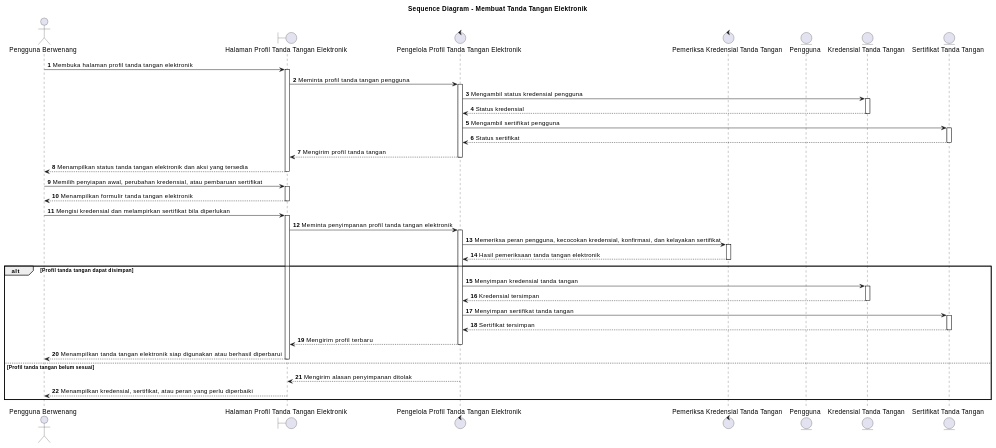
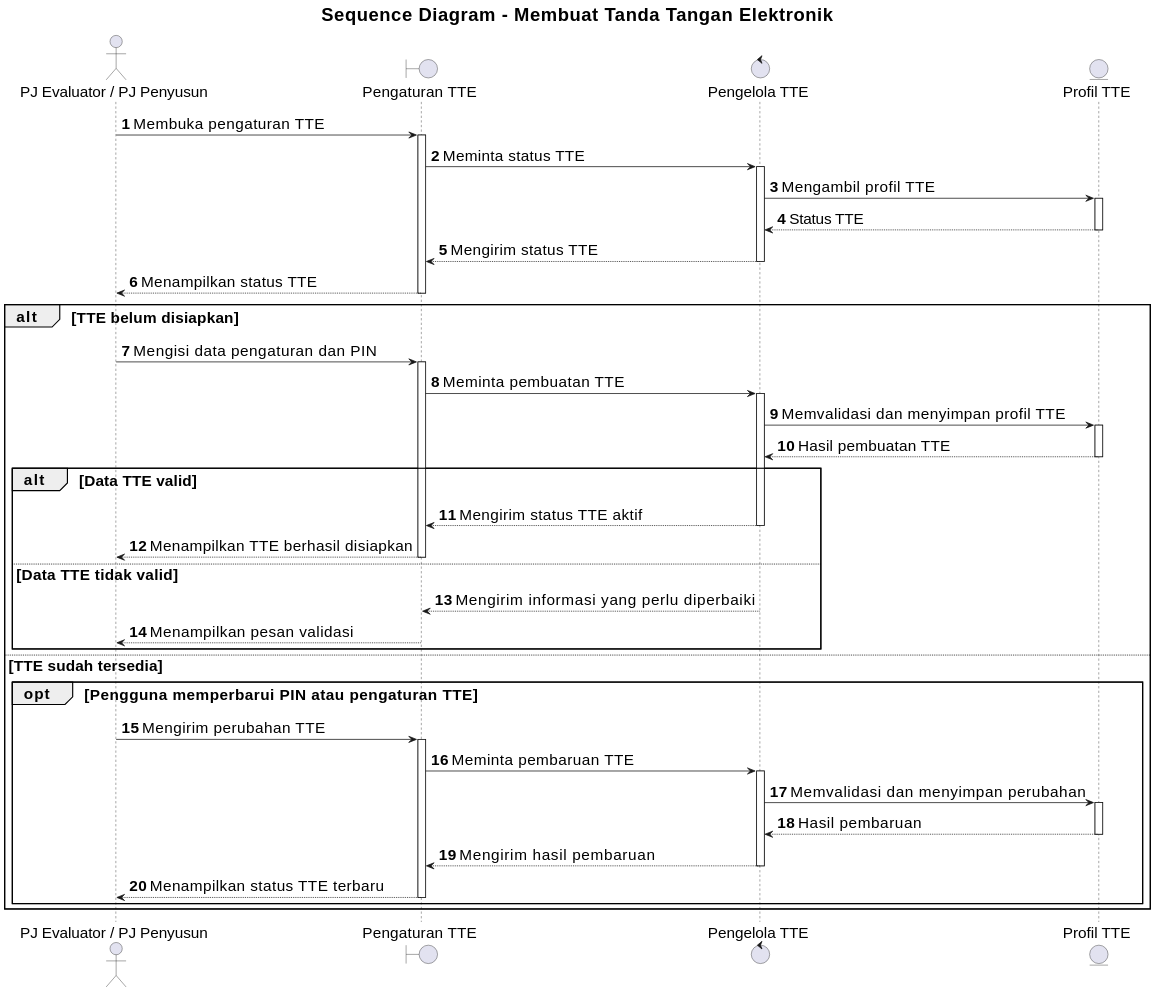
One commit to howlil/sop-generate-app changed the diagram in docs/sequence/lampiran/pj-evaluator-pj-penyusun-membuat-tanda-tangan-elektronik.md. Above: the diagram before and after it, drawn with PlantUML. The commit also changed other lines of this file and 20 other files, not shown here.

Commit message:
docs(sequence): align all sequence diagrams with use cases

````diff
--- a/docs/sequence/lampiran/pj-evaluator-pj-penyusun-membuat-tanda-tangan-elektronik.md
+++ b/docs/sequence/lampiran/pj-evaluator-pj-penyusun-membuat-tanda-tangan-elektronik.md
@@ -16,43 +16,47 @@
 ```plantuml
 @startuml
+skinparam defaultFontSize 20
+skinparam titleFontSize 24
+skinparam dpi 160
+
 title Sequence Diagram - Membuat Tanda Tangan Elektronik
 autonumber
 autoactivate on
 
-actor "Pengguna Berwenang" as A
-boundary "Halaman Profil Tanda Tangan Elektronik" as B
-control "Pengelola Profil Tanda Tangan Elektronik" as C
-control "Pemeriksa Kredensial Tanda Tangan" as D
-entity "Pengguna" as Pengguna
-entity "Kredensial Tanda Tangan" as Kredensial
-entity "Sertifikat Tanda Tangan" as Sertifikat
+actor "PJ Evaluator / PJ Penyusun" as A
+boundary "Pengaturan TTE" as B
+control "Pengelola TTE" as C
+entity "Profil TTE" as D
 
-A -> B : Membuka halaman profil tanda tangan elektronik
-B -> C : Meminta profil tanda tangan pengguna
-C -> Kredensial : Mengambil status kredensial pengguna
-Kredensial --> C : Status kredensial
-C -> Sertifikat : Mengambil sertifikat pengguna
-Sertifikat --> C : Status sertifikat
-C --> B : Mengirim profil tanda tangan
-B --> A : Menampilkan status tanda tangan elektronik dan aksi yang tersedia
+A -> B : Membuka pengaturan TTE
+B -> C : Meminta status TTE
+C -> D : Mengambil profil TTE
+D --> C : Status TTE
+C --> B : Mengirim status TTE
+B --> A : Menampilkan status TTE
 
-A -> B : Memilih penyiapan awal, perubahan kredensial, atau pembaruan sertifikat
-B --> A : Menampilkan formulir tanda tangan elektronik
-A -> B : Mengisi kredensial dan melampirkan sertifikat bila diperlukan
-B -> C : Meminta penyimpanan profil tanda tangan elektronik
-C -> D : Memeriksa peran pengguna, kecocokan kredensial, konfirmasi, dan kelayakan sertifikat
-D --> C : Hasil pemeriksaan tanda tangan elektronik
-alt Profil tanda tangan dapat disimpan
-  C -> Kredensial : Menyimpan kredensial tanda tangan
-  Kredensial --> C : Kredensial tersimpan
-  C -> Sertifikat : Menyimpan sertifikat tanda tangan
-  Sertifikat --> C : Sertifikat tersimpan
-  C --> B : Mengirim profil terbaru
-  B --> A : Menampilkan tanda tangan elektronik siap digunakan atau berhasil diperbarui
-else Profil tanda tangan belum sesuai
-  C --> B : Mengirim alasan penyimpanan ditolak
-  B --> A : Menampilkan kredensial, sertifikat, atau peran yang perlu diperbaiki
+alt TTE belum disiapkan
+  A -> B : Mengisi data pengaturan dan PIN
+  B -> C : Meminta pembuatan TTE
+  C -> D : Memvalidasi dan menyimpan profil TTE
+  D --> C : Hasil pembuatan TTE
+  alt Data TTE valid
+    C --> B : Mengirim status TTE aktif
+    B --> A : Menampilkan TTE berhasil disiapkan
+  else Data TTE tidak valid
+    C --> B : Mengirim informasi yang perlu diperbaiki
+    B --> A : Menampilkan pesan validasi
+  end
+else TTE sudah tersedia
+  opt Pengguna memperbarui PIN atau pengaturan TTE
+    A -> B : Mengirim perubahan TTE
+    B -> C : Meminta pembaruan TTE
+    C -> D : Memvalidasi dan menyimpan perubahan
+    D --> C : Hasil pembaruan
+    C --> B : Mengirim hasil pembaruan
+    B --> A : Menampilkan status TTE terbaru
+  end
 end
 
 @enduml
 ```
````
